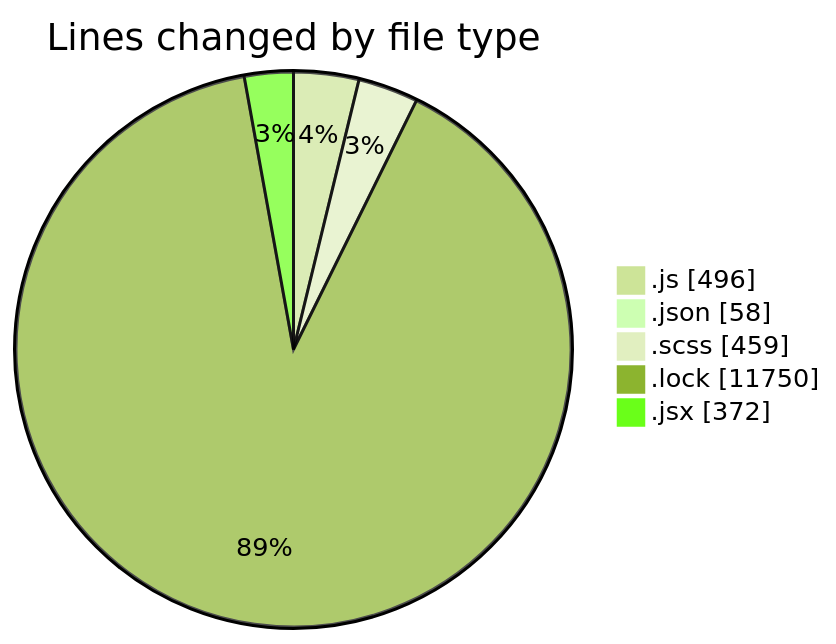
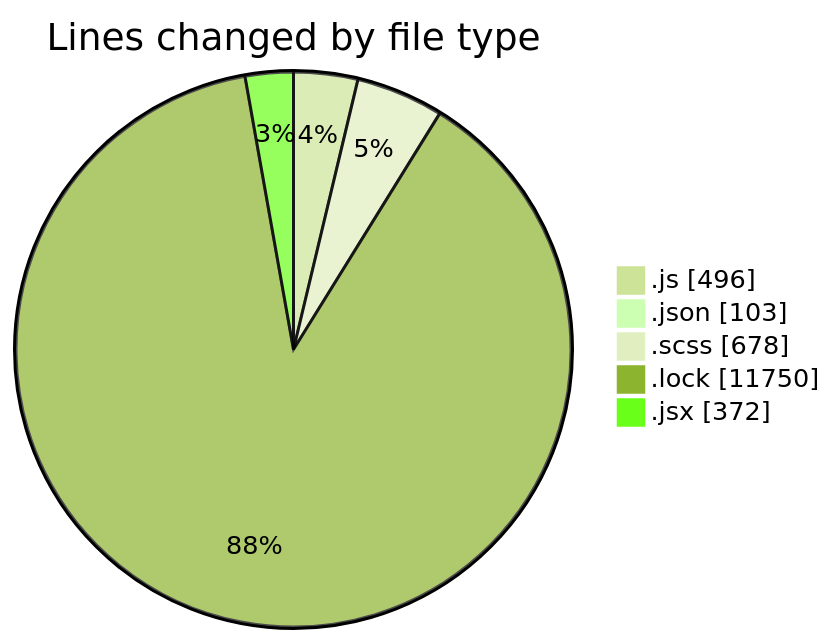
The first of 2 diagrams in 2026-01-08/cda/README.md (momahboobian/code-tracking), drawn with Mermaid (forest theme) before and after one commit. The commit also changed other lines of this file and 1 other file, not shown here.

````diff
--- a/2026-01-08/cda/README.md
+++ b/2026-01-08/cda/README.md
@@ -38,9 +38,9 @@
 ```mermaid
 pie showData
 title Lines changed by file type
 ".js" : 496
-".json" : 58
-".scss" : 459
+".json" : 103
+".scss" : 678
 ".lock" : 11750
 ".jsx" : 372
 ```
````
